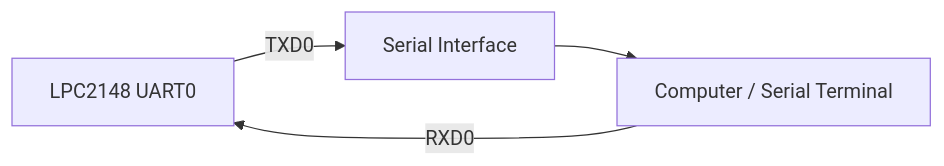
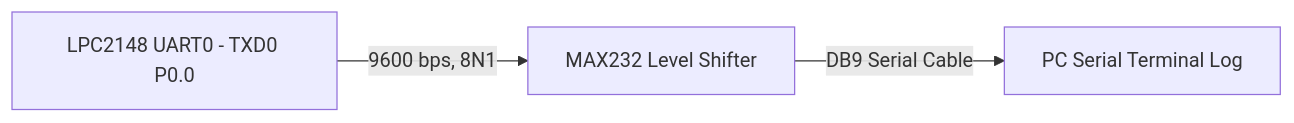
The eighth of 10 diagrams in README.md (maghambhanu/LPC2148-Industrial-Environment-Monitor), drawn with Mermaid before and after one commit. The commit also changed other lines of this file, not shown here.

````diff
--- a/README.md
+++ b/README.md
@@ -350,6 +290,5 @@
 ```mermaid
 flowchart LR
-    A[LPC2148 UART0] -->|TXD0| B[Serial Interface]
-    B --> C[Computer / Serial Terminal]
-    C -->|RXD0| A
+    A[LPC2148 UART0 - TXD0 P0.0] -->|9600 bps, 8N1| B[MAX232 Level Shifter]
+    B -->|DB9 Serial Cable| C[PC Serial Terminal Log]
 ```
````
